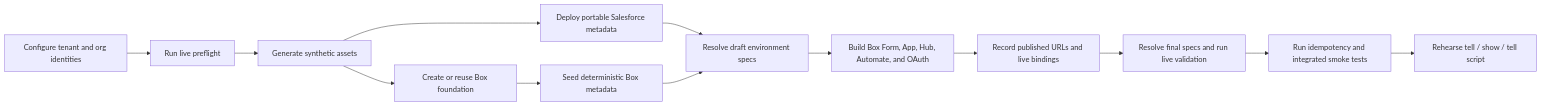
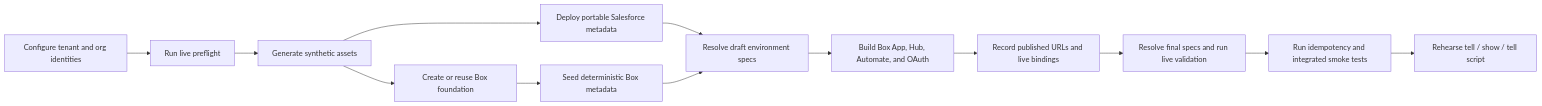
One commit to unofficialbox/box-bedrock-for-clm changed the diagram in docs/diagrams/operator-setup-flow.mmd. Above: the diagram before and after it, drawn with Mermaid. The commit also changed 35 other files, not shown here.

First line of the commit message:
Sweep docs and diagrams to the metadata-triggered intake

```diff
--- a/docs/diagrams/operator-setup-flow.mmd
+++ b/docs/diagrams/operator-setup-flow.mmd
@@ -1,13 +1,13 @@
 flowchart LR
     A["Configure tenant and org identities"] --> B["Run live preflight"]
     B --> C["Generate synthetic assets"]
     C --> D["Create or reuse Box foundation"]
     C --> E["Deploy portable Salesforce metadata"]
     D --> F["Seed deterministic Box metadata"]
     E --> G["Resolve draft environment specs"]
     F --> G
-    G --> H["Build Box Form, App, Hub, Automate, and OAuth"]
+    G --> H["Build Box App, Hub, Automate, and OAuth"]
     H --> I["Record published URLs and live bindings"]
     I --> J["Resolve final specs and run live validation"]
     J --> K["Run idempotency and integrated smoke tests"]
     K --> L["Rehearse tell / show / tell script"]
```
